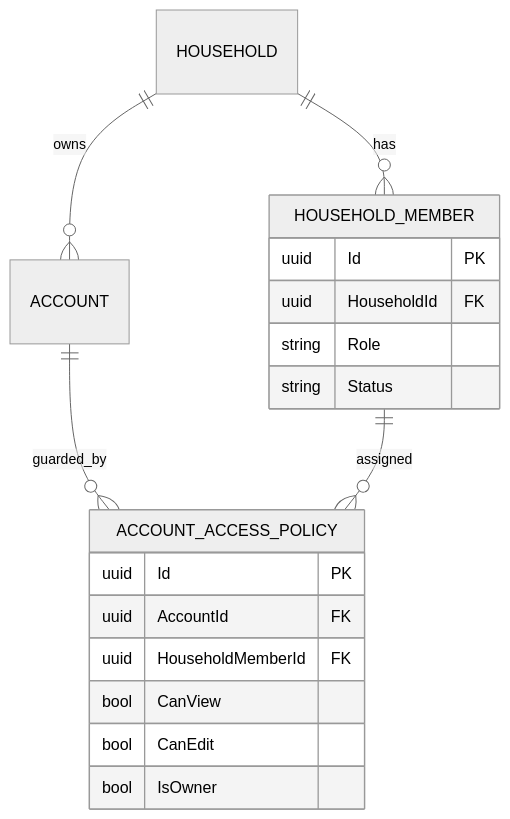
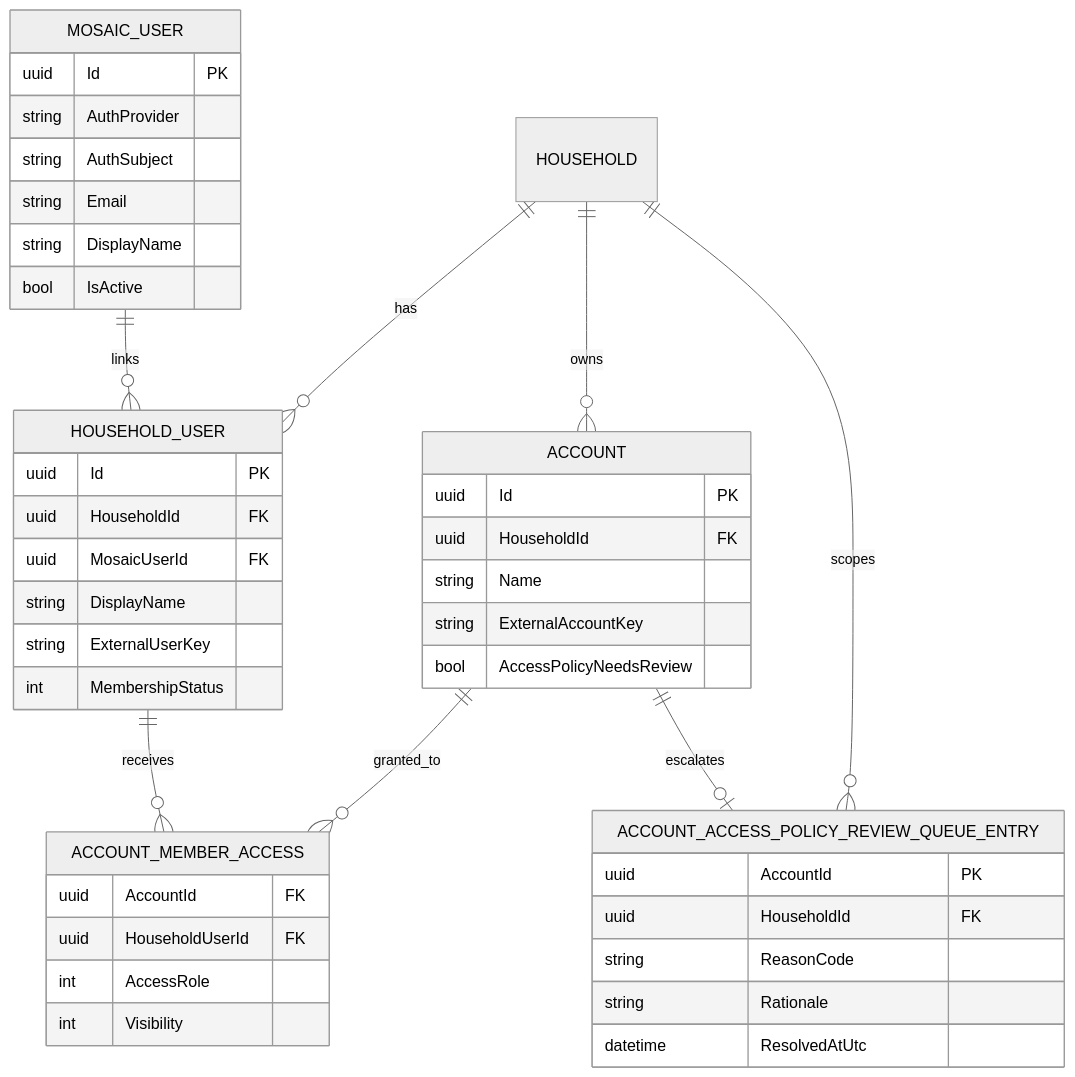
Before and after one commit to ChrisMcKee1/Mosaic-Money: the diagram in docs/data-models/identity-access-model.md, drawn with Mermaid (neutral theme). The commit also changed other lines of this file and 64 other files, not shown here.

````diff
--- a/docs/data-models/identity-access-model.md
+++ b/docs/data-models/identity-access-model.md
@@ -18,23 +20,51 @@
 ```mermaid
 erDiagram
-    HOUSEHOLD ||--o{ HOUSEHOLD_MEMBER : has
+    MOSAIC_USER ||--o{ HOUSEHOLD_USER : links
+    HOUSEHOLD ||--o{ HOUSEHOLD_USER : has
     HOUSEHOLD ||--o{ ACCOUNT : owns
-    ACCOUNT ||--o{ ACCOUNT_ACCESS_POLICY : guarded_by
-    HOUSEHOLD_MEMBER ||--o{ ACCOUNT_ACCESS_POLICY : assigned
+    ACCOUNT ||--o{ ACCOUNT_MEMBER_ACCESS : granted_to
+    HOUSEHOLD_USER ||--o{ ACCOUNT_MEMBER_ACCESS : receives
+    ACCOUNT ||--o| ACCOUNT_ACCESS_POLICY_REVIEW_QUEUE_ENTRY : escalates
+    HOUSEHOLD ||--o{ ACCOUNT_ACCESS_POLICY_REVIEW_QUEUE_ENTRY : scopes
 
-    HOUSEHOLD_MEMBER {
+    MOSAIC_USER {
+        uuid Id PK
+        string AuthProvider
+        string AuthSubject
+        string Email
+        string DisplayName
+        bool IsActive
+    }
+
+    HOUSEHOLD_USER {
         uuid Id PK
         uuid HouseholdId FK
-        string Role
-        string Status
+        uuid MosaicUserId FK
+        string DisplayName
+        string ExternalUserKey
+        int MembershipStatus
     }
 
-    ACCOUNT_ACCESS_POLICY {
+    ACCOUNT {
         uuid Id PK
+        uuid HouseholdId FK
+        string Name
+        string ExternalAccountKey
+        bool AccessPolicyNeedsReview
+    }
+
+    ACCOUNT_MEMBER_ACCESS {
         uuid AccountId FK
-        uuid HouseholdMemberId FK
-        bool CanView
-        bool CanEdit
-        bool IsOwner
+        uuid HouseholdUserId FK
+        int AccessRole
+        int Visibility
+    }
+
+    ACCOUNT_ACCESS_POLICY_REVIEW_QUEUE_ENTRY {
+        uuid AccountId PK
+        uuid HouseholdId FK
+        string ReasonCode
+        string Rationale
+        datetime ResolvedAtUtc
     }
 ```
````
